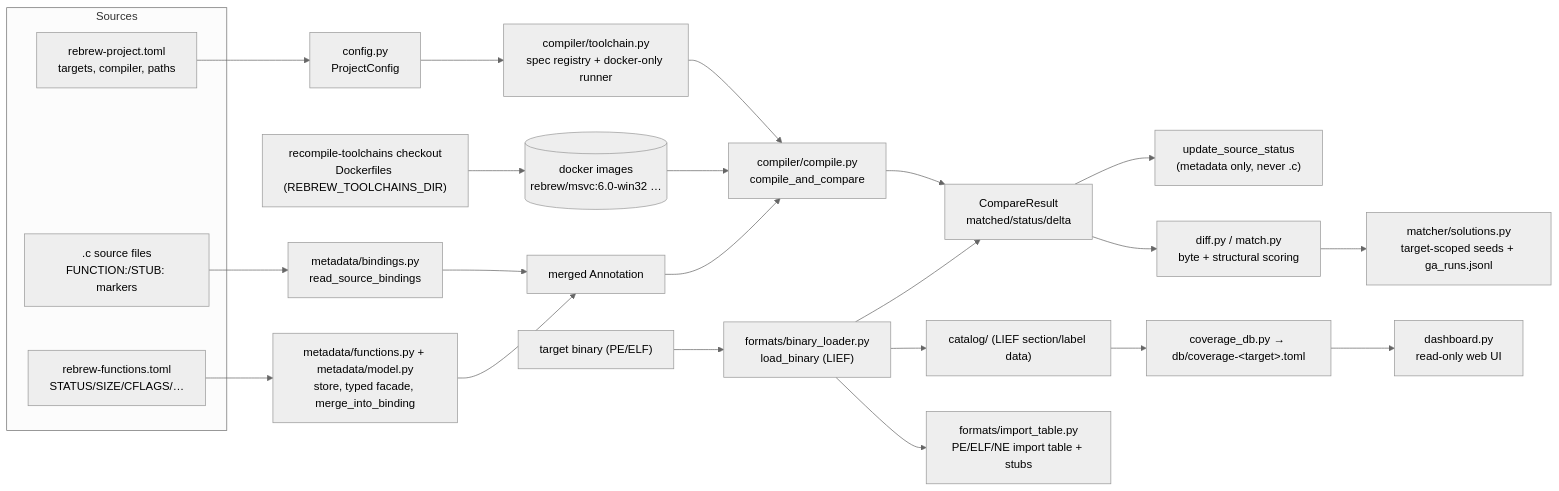
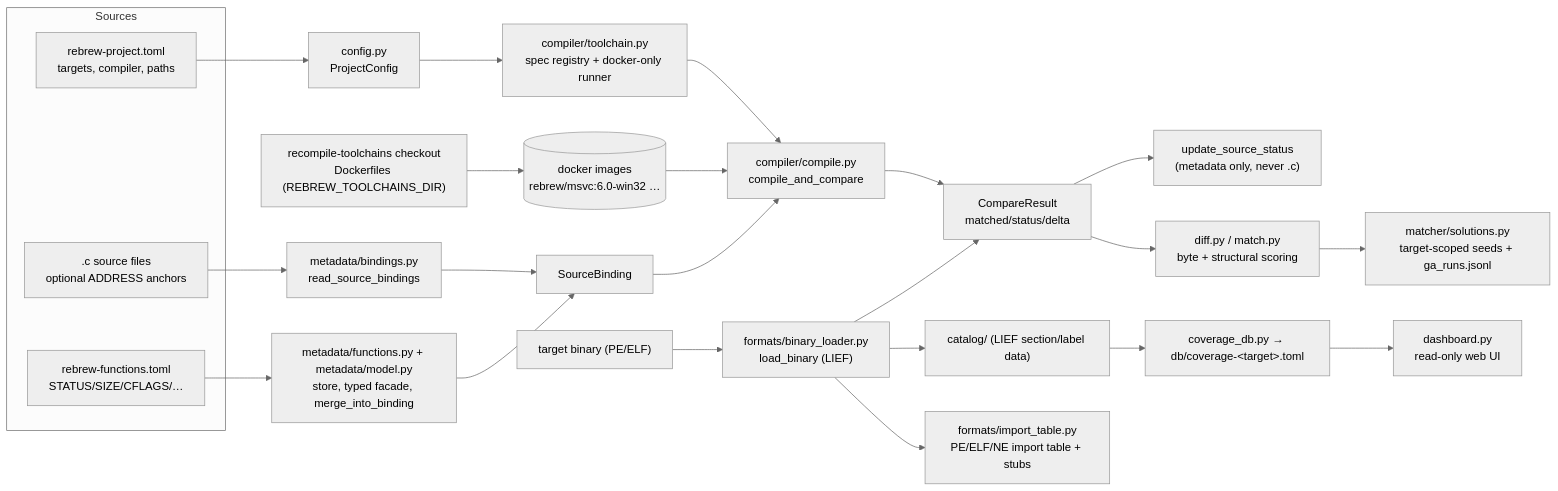
The diagram in docs/ARCHITECTURE.md (maci0/rebrew), drawn with Mermaid (neutral theme) before and after one commit. The commit also changed other lines of this file and 238 other files, not shown here.

````diff
--- a/docs/ARCHITECTURE.md
+++ b/docs/ARCHITECTURE.md
@@ -30,35 +30,35 @@
 ```mermaid
 flowchart LR
     subgraph Sources
-        C[".c source files<br/>FUNCTION:/STUB: markers"]
+        C[".c source files<br/>optional ADDRESS anchors"]
         TOML["rebrew-project.toml<br/>targets, compiler, paths"]
         META["rebrew-functions.toml<br/>STATUS/SIZE/CFLAGS/…"]
     end
 
     C --> ANNOT["metadata/bindings.py<br/>read_source_bindings"]
     META --> FACADE["metadata/functions.py + metadata/model.py<br/>store, typed facade, merge_into_binding"]
     TOML --> CFG["config.py<br/>ProjectConfig"]
 
-    ANNOT --> MERGED["merged Annotation"]
+    ANNOT --> MERGED["SourceBinding"]
     FACADE --> MERGED
 
     CFG --> TOOLCHAIN["compiler/toolchain.py<br/>spec registry + docker-only runner"]
     RT["recompile-toolchains checkout<br/>Dockerfiles (REBREW_TOOLCHAINS_DIR)"] --> IMG[("docker images<br/>rebrew/msvc:6.0-win32 …")]
     TOOLCHAIN --> COMPILE["compiler/compile.py<br/>compile_and_compare"]
     IMG --> COMPILE
 
     BIN["target binary (PE/ELF)"] --> LOAD["formats/binary_loader.py<br/>load_binary (LIEF)"]
     MERGED --> COMPILE
     COMPILE --> CMP["CompareResult<br/>matched/status/delta"]
     LOAD --> CMP
 
     CMP --> STATUS["update_source_status<br/>(metadata only, never .c)"]
     CMP --> DIFF["diff.py / match.py<br/>byte + structural scoring"]
 
     LOAD --> CATALOG["catalog/ (LIEF section/label data)"]
     CATALOG --> DB["coverage_db.py → db/coverage-&lt;target&gt;.toml"]
     DB --> DASH["dashboard.py<br/>read-only web UI"]
 
     LOAD --> IMPORTS["formats/import_table.py<br/>PE/ELF/NE import table + stubs"]
     DIFF --> SOL["matcher/solutions.py<br/>target-scoped seeds + ga_runs.jsonl"]
 ```
````
